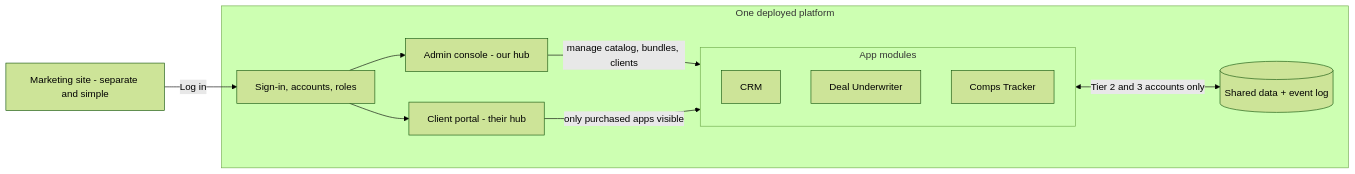
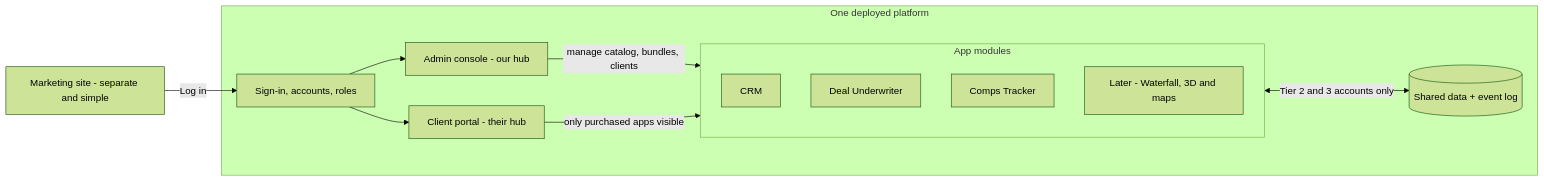
Before and after one commit to ezraharris385/CRM-system: the diagram in ARCHITECTURE-PROPOSAL.md, drawn with Mermaid (forest theme). The commit also changed other lines of this file, not shown here.

First line of the commit message:
Add roadmap apps, device strategy, and secure-upload rules

````diff
--- a/ARCHITECTURE-PROPOSAL.md
+++ b/ARCHITECTURE-PROPOSAL.md
@@ -16,20 +16,21 @@
 ```mermaid
 flowchart LR
   Site[Marketing site - separate and simple] -->|Log in| Auth
   subgraph Platform["One deployed platform"]
     Auth[Sign-in, accounts, roles]
     Admin[Admin console - our hub]
     Portal[Client portal - their hub]
     subgraph Modules["App modules"]
       CRM[CRM]
       UW[Deal Underwriter]
       CT[Comps Tracker]
+      More[Later - Waterfall, 3D and maps]
     end
     Bus[(Shared data + event log)]
   end
   Auth --> Admin
   Auth --> Portal
   Admin -->|manage catalog, bundles, clients| Modules
   Portal -->|only purchased apps visible| Modules
   Modules <-->|Tier 2 and 3 accounts only| Bus
 ```
````
